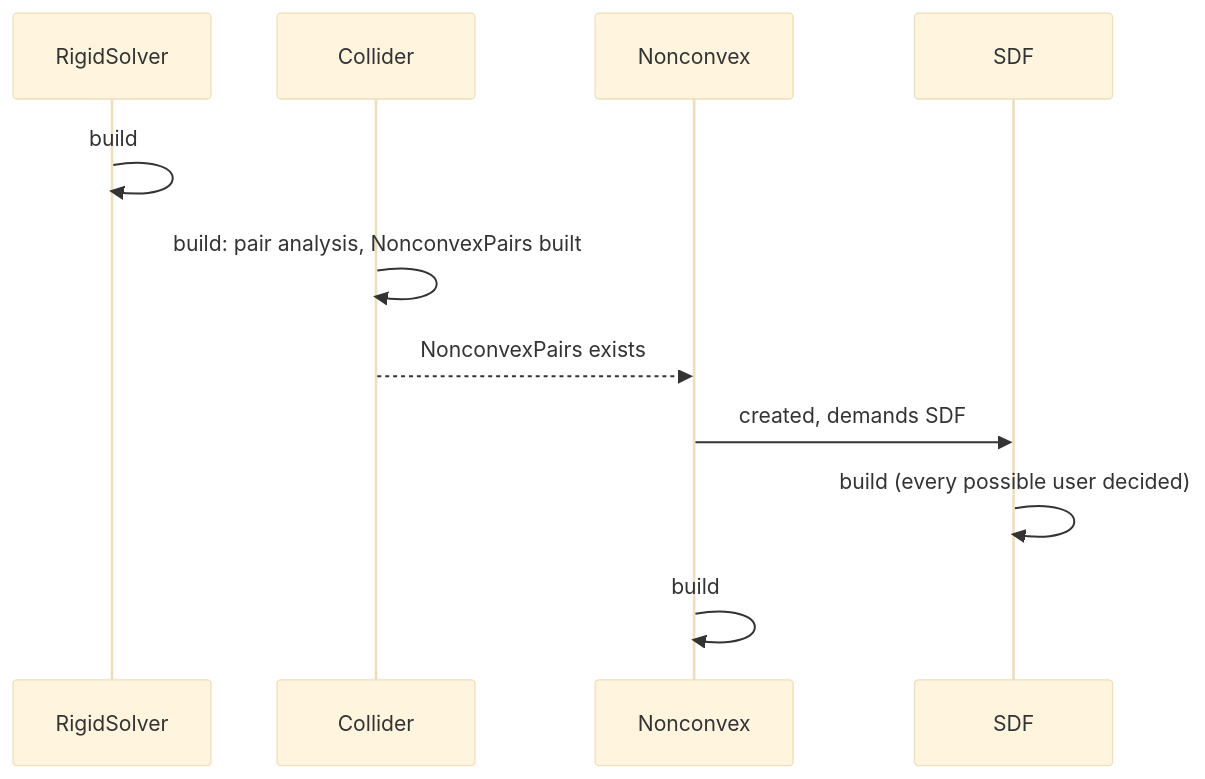
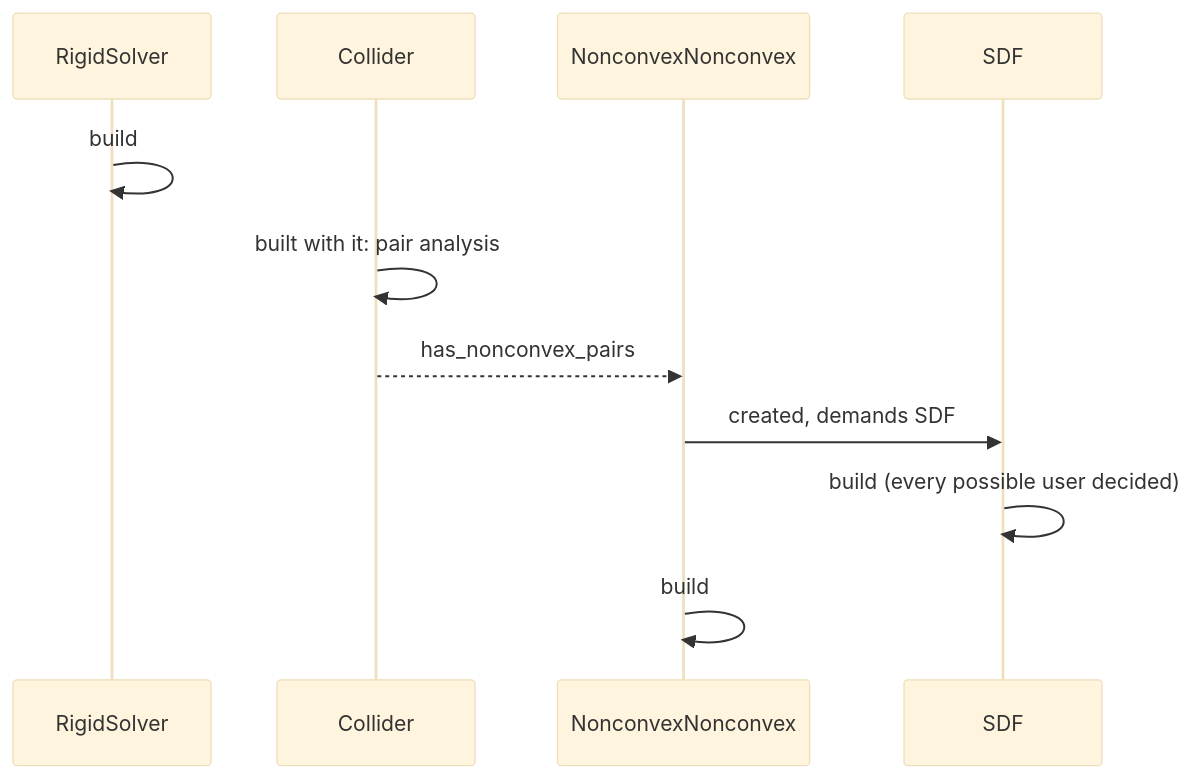
Before and after one commit to duburcqa/Genesis: the tenth of 12 diagrams in .github/contributing/PIPELINE.md, drawn with Mermaid (base theme). The commit also changed other lines of this file and 23 other files, not shown here.

````diff
--- a/.github/contributing/PIPELINE.md
+++ b/.github/contributing/PIPELINE.md
@@ -413,13 +413,13 @@
 ```mermaid
 sequenceDiagram
     participant Rigid as RigidSolver
     participant Col as Collider
-    participant NC as Nonconvex
+    participant NC as NonconvexNonconvex
     participant SDF
     Rigid->>Rigid: build
-    Col->>Col: build: pair analysis, NonconvexPairs built
-    Col-->>NC: NonconvexPairs exists
+    Col->>Col: built with it: pair analysis
+    Col-->>NC: has_nonconvex_pairs
     NC->>SDF: created, demands SDF
     SDF->>SDF: build (every possible user decided)
     NC->>NC: build
 ```
````
